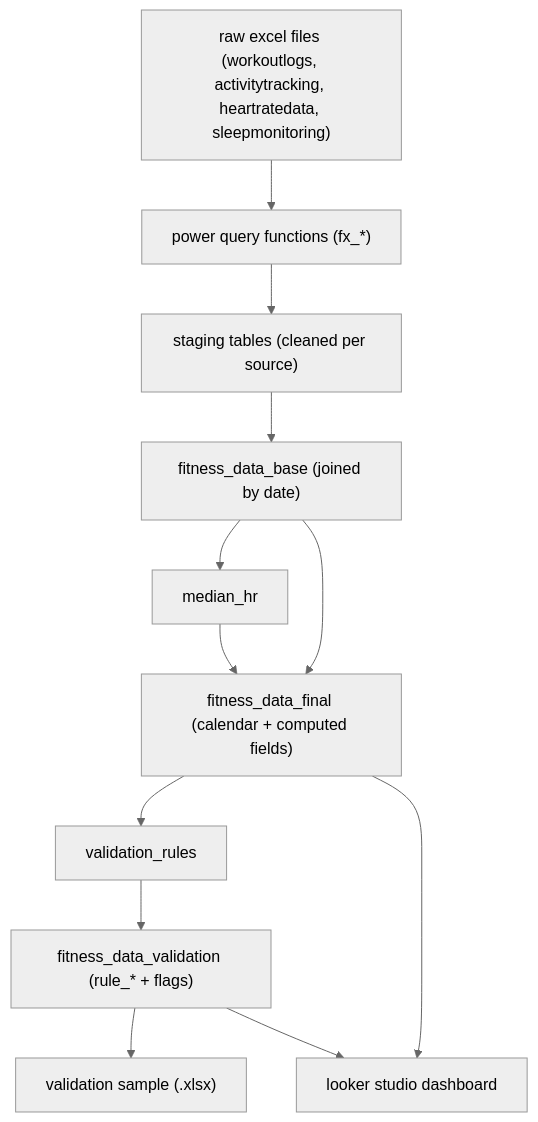
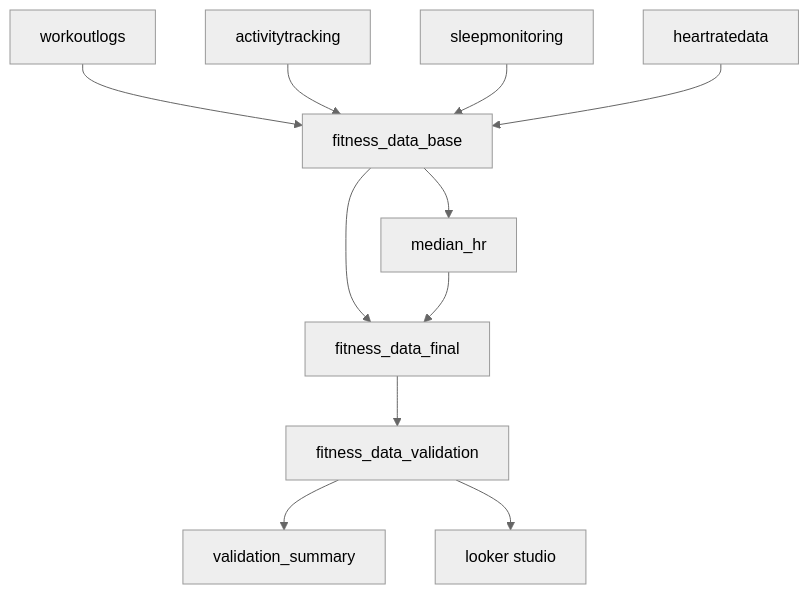
The diagram in README.md (moniburnejko/fitness-analytics-dashboard), drawn with Mermaid (neutral theme) before and after one commit. The commit also changed other lines of this file, not shown here.

````diff
--- a/README.md
+++ b/README.md
@@ -117,22 +116,24 @@
 ```mermaid
-graph TD
-  A["raw excel files (workoutlogs, activitytracking, heartratedata, sleepmonitoring)"]
-  B["power query functions (fx_*)"]
-  C["staging tables (cleaned per source)"]
-  D["fitness_data_base (joined by date)"]
-  E["median_hr"]
-  F["fitness_data_final (calendar + computed fields)"]
-  G["validation_rules"]
-  H["fitness_data_validation (rule_* + flags)"]
-  I["validation sample (.xlsx)"]
-  J["looker studio dashboard"]
+flowchart TD
+  A[workoutlogs]
+  B[activitytracking]
+  C[sleepmonitoring]
+  D[heartratedata]
+  E[fitness_data_base]
+  F[median_hr]
+  G[fitness_data_final]
+  H[fitness_data_validation]
+  I[validation_summary]
+  Z[looker studio]
 
-  A --> B --> C --> D
+  A --> E
+  B --> E
+  C --> E
   D --> E
-  D --> F
   E --> F
-  F --> G --> H
+  E --> G
+  F --> G
+  G --> H
   H --> I
-  F --> J
-  H --> J
+  H --> Z
 ```
````
